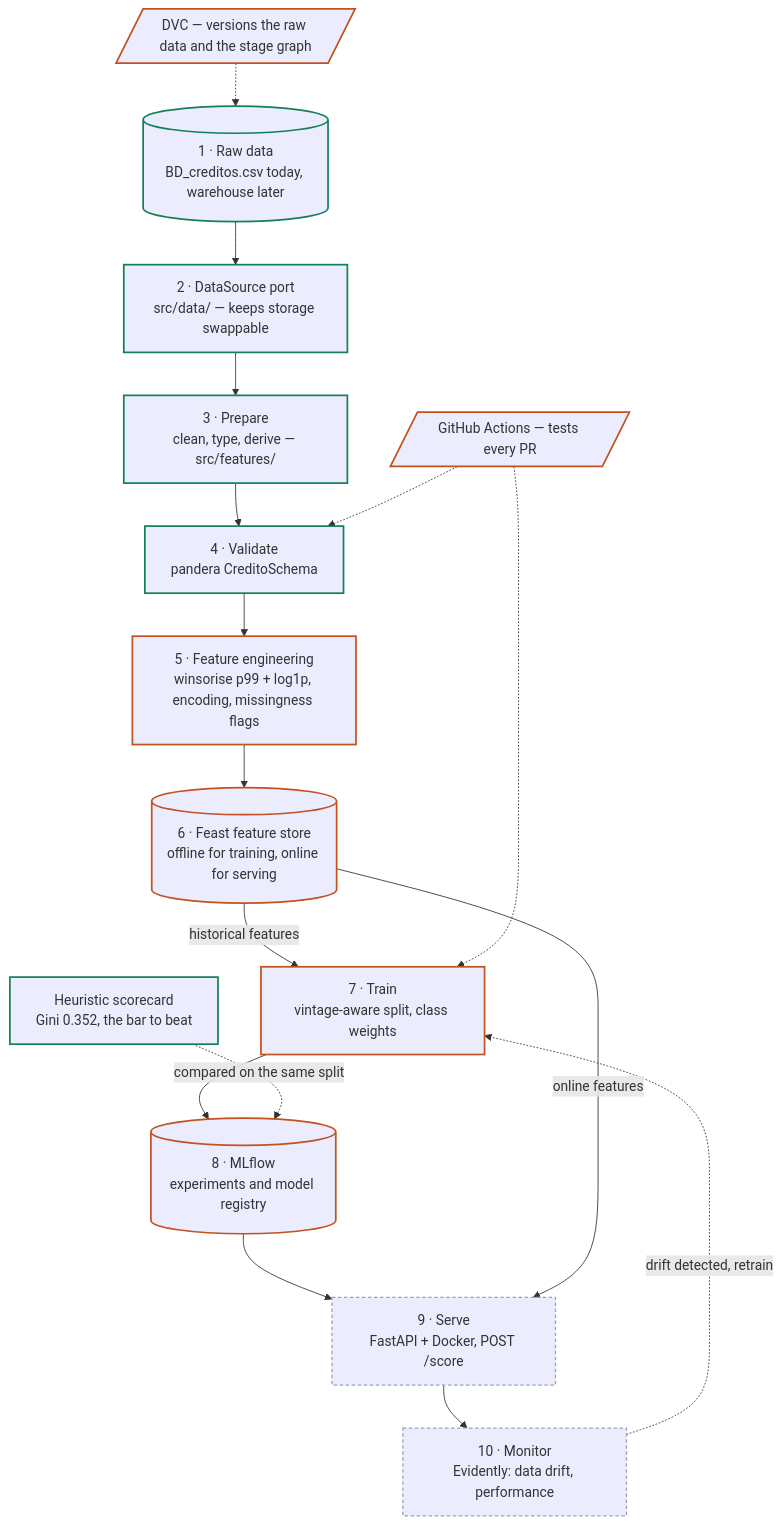
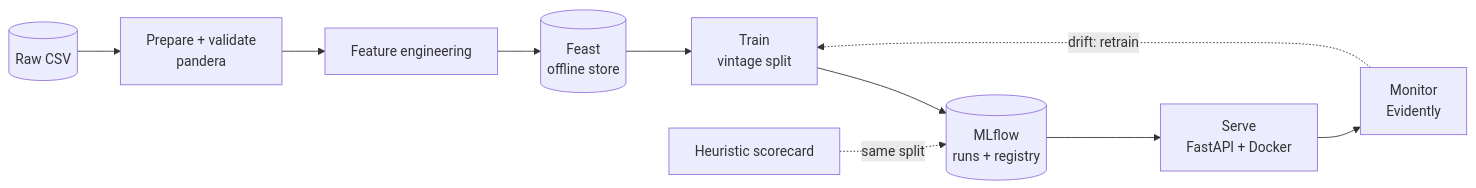
One commit to rosvend/MLOps changed the diagram in docs/architecture.md. Above: the diagram before and after it, drawn with Mermaid. The commit also changed other lines of this file and 25 other files, not shown here.

````diff
--- a/docs/architecture.md
+++ b/docs/architecture.md
@@ -9,37 +5,12 @@
 ```mermaid
-flowchart TB
-    classDef done stroke:#14805a,stroke-width:2px
-    classDef next stroke:#c2521f,stroke-width:2px
-    classDef later stroke:#9ca3af,stroke-width:1.5px,stroke-dasharray:4 3
-
-    RAW[("1 · Raw data<br/>BD_creditos.csv today, warehouse later")]
-    PORT["2 · DataSource port<br/>src/data/ — keeps storage swappable"]
-    PREP["3 · Prepare<br/>clean, type, derive — src/features/"]
-    CHECK["4 · Validate<br/>pandera CreditoSchema"]
-    FE["5 · Feature engineering<br/>winsorise p99 + log1p, encoding, missingness flags"]
-    FEAST[("6 · Feast feature store<br/>offline for training, online for serving")]
-    TRAIN["7 · Train<br/>vintage-aware split, class weights"]
-    BASE["Heuristic scorecard<br/>Gini 0.352, the bar to beat"]
-    MLF[("8 · MLflow<br/>experiments and model registry")]
-    API["9 · Serve<br/>FastAPI + Docker, POST /score"]
-    MON["10 · Monitor<br/>Evidently: data drift, performance"]
-
-    DVC[/"DVC — versions the raw data and the stage graph"/]
-    GHA[/"GitHub Actions — tests every PR"/]
-
-    RAW --> PORT --> PREP --> CHECK --> FE --> FEAST
-    FEAST -->|historical features| TRAIN
-    TRAIN --> MLF --> API
-    FEAST -->|online features| API
-    BASE -.->|compared on the same split| MLF
-    API --> MON
-    MON -.->|drift detected, retrain| TRAIN
-
-    DVC -.-> RAW
-    GHA -.-> CHECK
-    GHA -.-> TRAIN
-
-    class RAW,PORT,PREP,CHECK,BASE done
-    class FE,FEAST,TRAIN,MLF,DVC,GHA next
-    class API,MON later
+flowchart LR
+    RAW[("Raw CSV")] --> PREP["Prepare + validate<br/>pandera"]
+    PREP --> FE["Feature engineering"]
+    FE --> FEAST[("Feast<br/>offline store")]
+    FEAST --> TRAIN["Train<br/>vintage split"]
+    TRAIN --> MLF[("MLflow<br/>runs + registry")]
+    MLF --> API["Serve<br/>FastAPI + Docker"]
+    API --> MON["Monitor<br/>Evidently"]
+    MON -. "drift: retrain" .-> TRAIN
+    BASE["Heuristic scorecard"] -. "same split" .-> MLF
 ```
````
